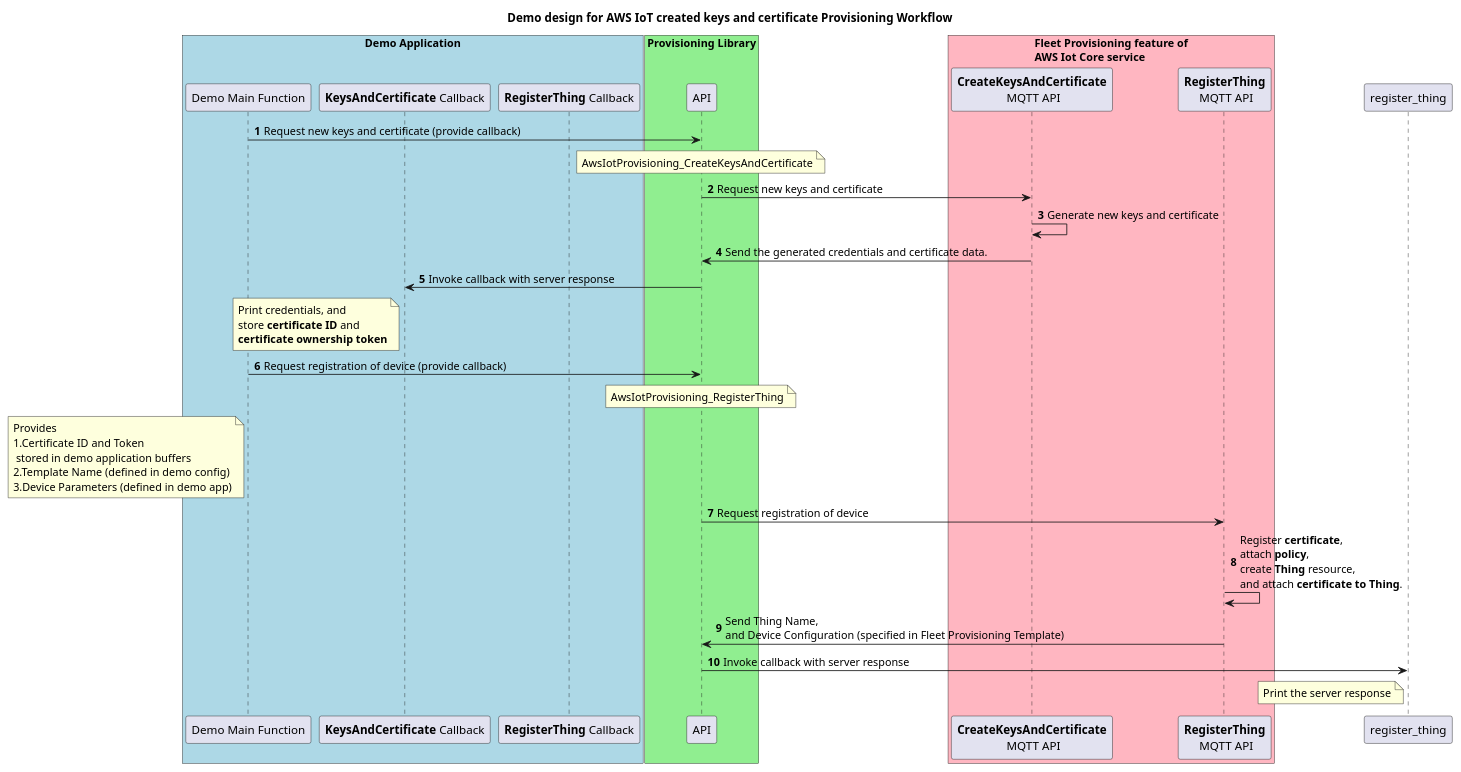
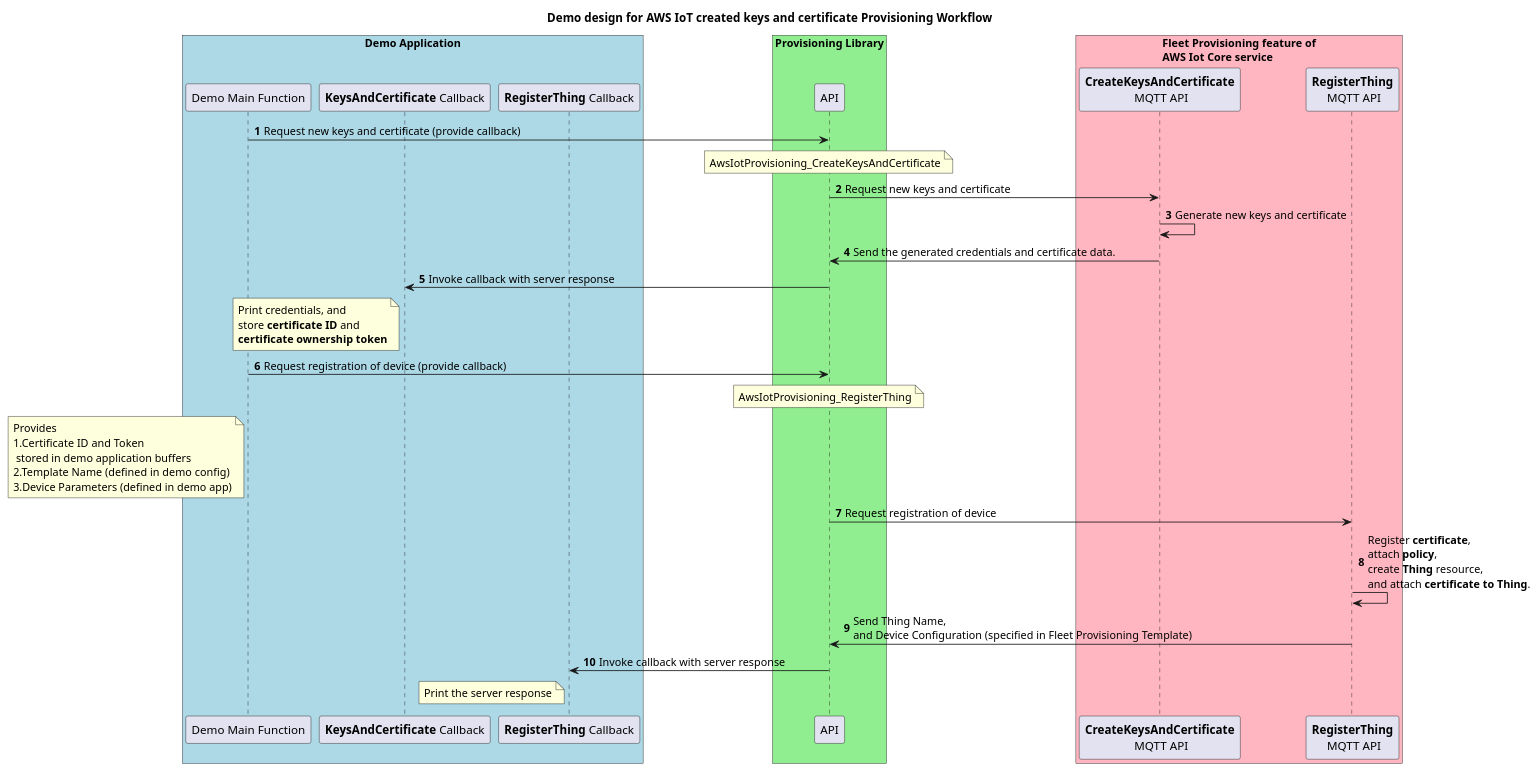
Before and after one commit to aws/aws-iot-device-sdk-embedded-C: the diagram in doc/plantuml/provisioning_demo_with_keys_and_cert.pu, drawn with PlantUML. The commit also changed 1 other file, not shown here.

Commit message:
Fix typo in KeysAndCert Demo diagram

```diff
--- a/doc/plantuml/provisioning_demo_with_keys_and_cert.pu
+++ b/doc/plantuml/provisioning_demo_with_keys_and_cert.pu
@@ -1,41 +1,41 @@
 @startuml
 
 title Demo design for AWS IoT created keys and certificate Provisioning Workflow
 
 skinparam classFontSize 8
 skinparam classFontName Helvetica
 autonumber
 
 box "Demo Application" #LightBlue
     participant "Demo Main Function" as main
     participant "<b>KeysAndCertificate</b> Callback" as keysandcert_callback
     participant "<b>RegisterThing</b> Callback" as registerthing_callback
 end box
 
 box "Provisioning Library" #LightGreen
     participant "API" as library
 end box
 
 box "Fleet Provisioning feature of\nAWS Iot Core service" #LightPink
     participant "<b>CreateKeysAndCertificate</b>\n MQTT API" as keysandcertapi
     participant "<b>RegisterThing</b>\n MQTT API" as registerthingapi
 end box
 
 main -> library: Request new keys and certificate (provide callback)
 note over library: AwsIotProvisioning_CreateKeysAndCertificate
 library -> keysandcertapi: Request new keys and certificate 
 keysandcertapi -> keysandcertapi: Generate new keys and certificate
 keysandcertapi -> library: Send the generated credentials and certificate data.
 library -> keysandcert_callback: Invoke callback with server response
 note left of keysandcert_callback: Print credentials, and \nstore <b>certificate ID</b> and \n<b>certificate ownership token</b>
 
 main -> library: Request registration of device (provide callback)
 note over library: AwsIotProvisioning_RegisterThing
 note left of main: Provides\n1.Certificate ID and Token\n stored in demo application buffers\n2.Template Name (defined in demo config)\n3.Device Parameters (defined in demo app)
 library -> registerthingapi: Request registration of device
 registerthingapi -> registerthingapi: Register <b>certificate</b>,\nattach <b>policy</b>,\ncreate <b>Thing</b> resource,\nand attach <b>certificate to Thing</b>.
 registerthingapi -> library: Send Thing Name,\nand Device Configuration (specified in Fleet Provisioning Template)
-library -> register_thing: Invoke callback with server response
-note left of register_thing: Print the server response
+library -> registerthing_callback: Invoke callback with server response
+note left of registerthing_callback: Print the server response
 
 @enduml
```
